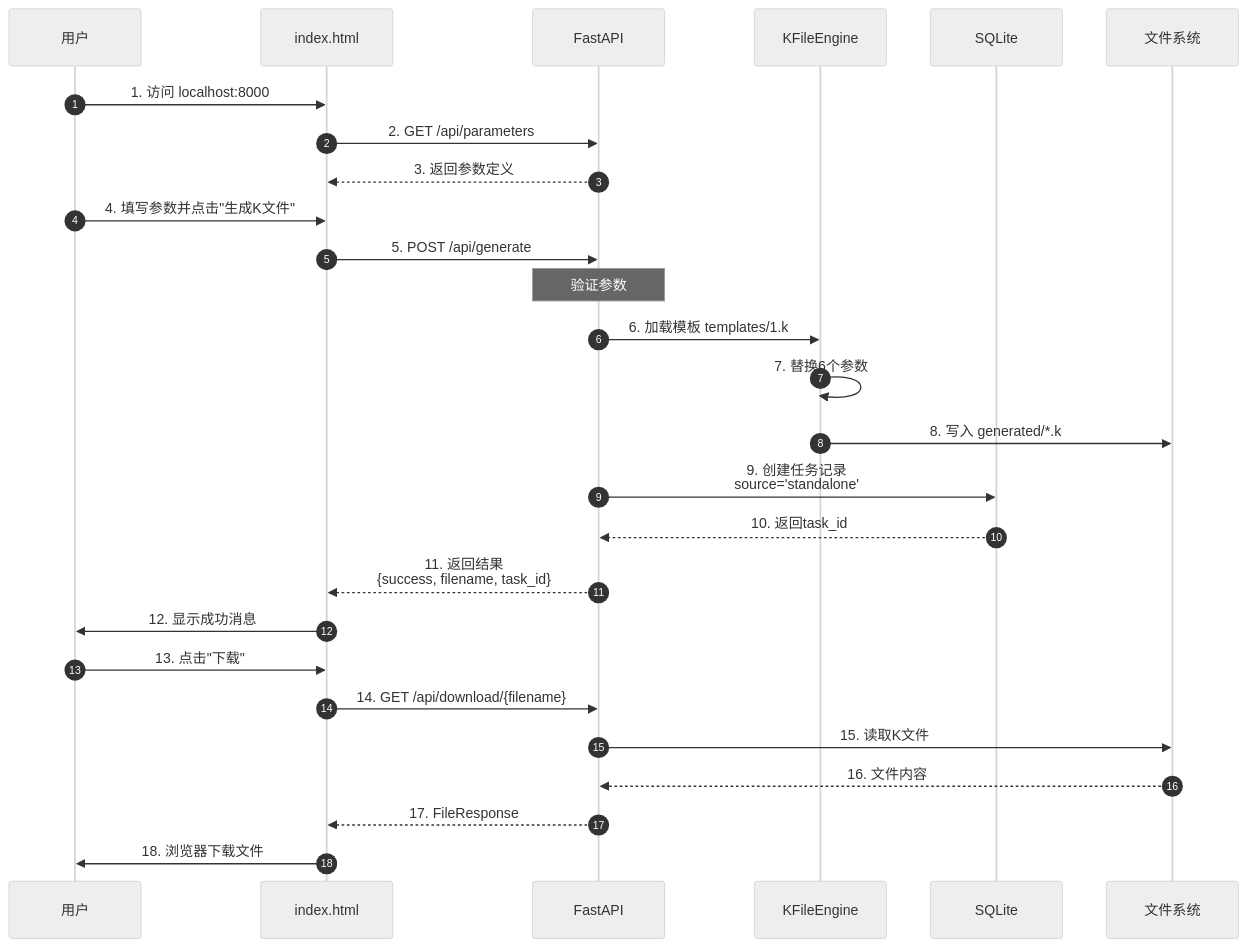
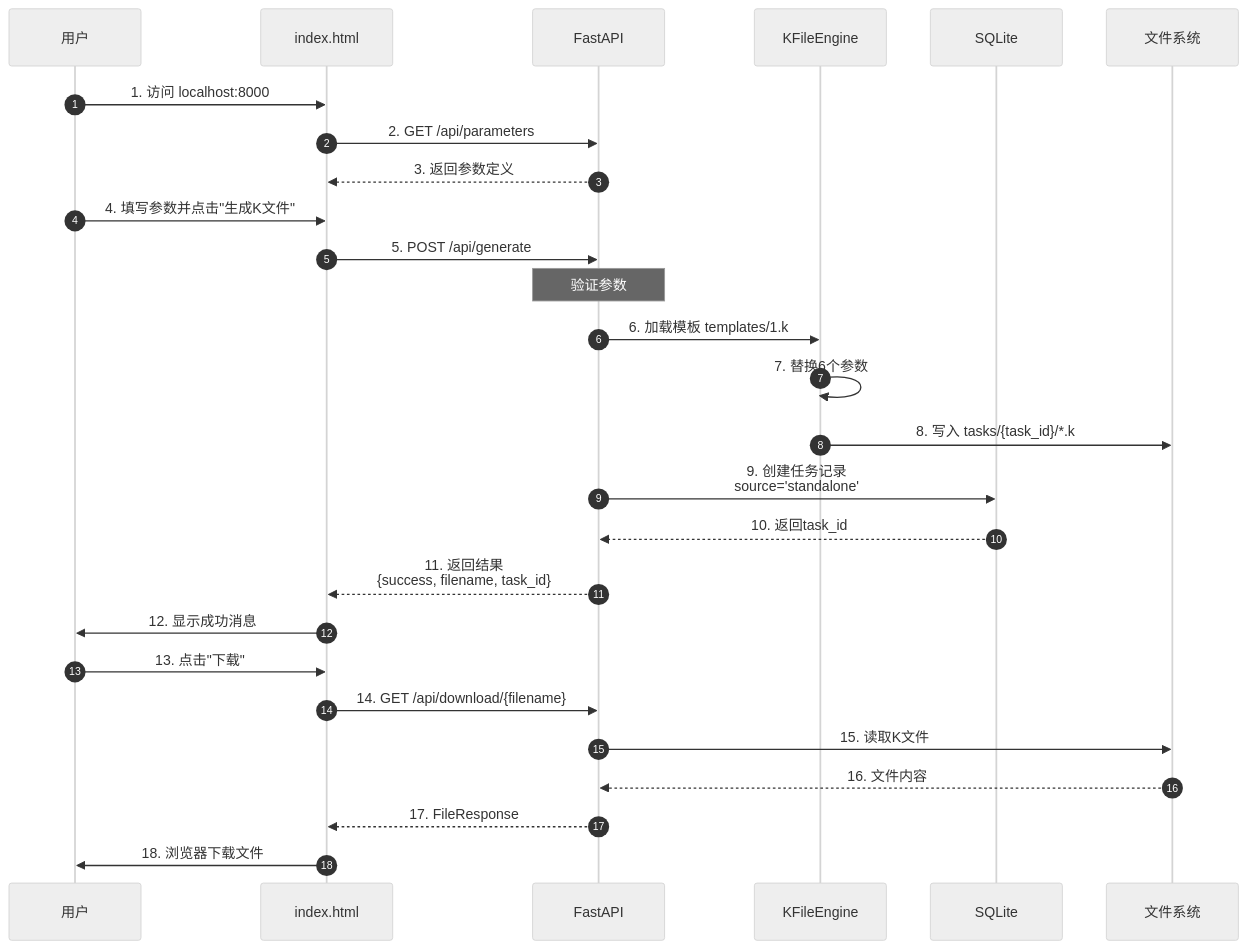
Before and after one commit to MagicXran/Bullet_penetration_simulation: the second of 8 diagrams in docs/system_architecture_design.md, drawn with Mermaid (neutral theme). The commit also changed other lines of this file and 22 other files, not shown here.

````diff
--- a/docs/system_architecture_design.md
+++ b/docs/system_architecture_design.md
@@ -154,35 +154,35 @@
 ```mermaid
 sequenceDiagram
     autonumber
     participant User as 用户
     participant Index as index.html
     participant API as FastAPI
     participant Engine as KFileEngine
     participant DB as SQLite
     participant FS as 文件系统
 
     User->>Index: 1. 访问 localhost:8000
     Index->>API: 2. GET /api/parameters
     API-->>Index: 3. 返回参数定义
 
     User->>Index: 4. 填写参数并点击"生成K文件"
     Index->>API: 5. POST /api/generate
 
     Note over API: 验证参数
     API->>Engine: 6. 加载模板 templates/1.k
     Engine->>Engine: 7. 替换6个参数
-    Engine->>FS: 8. 写入 generated/*.k
+    Engine->>FS: 8. 写入 tasks/{task_id}/*.k
 
     API->>DB: 9. 创建任务记录<br/>source='standalone'
     DB-->>API: 10. 返回task_id
 
     API-->>Index: 11. 返回结果<br/>{success, filename, task_id}
     Index->>User: 12. 显示成功消息
 
     User->>Index: 13. 点击"下载"
     Index->>API: 14. GET /api/download/{filename}
     API->>FS: 15. 读取K文件
     FS-->>API: 16. 文件内容
     API-->>Index: 17. FileResponse
     Index->>User: 18. 浏览器下载文件
 ```
````
